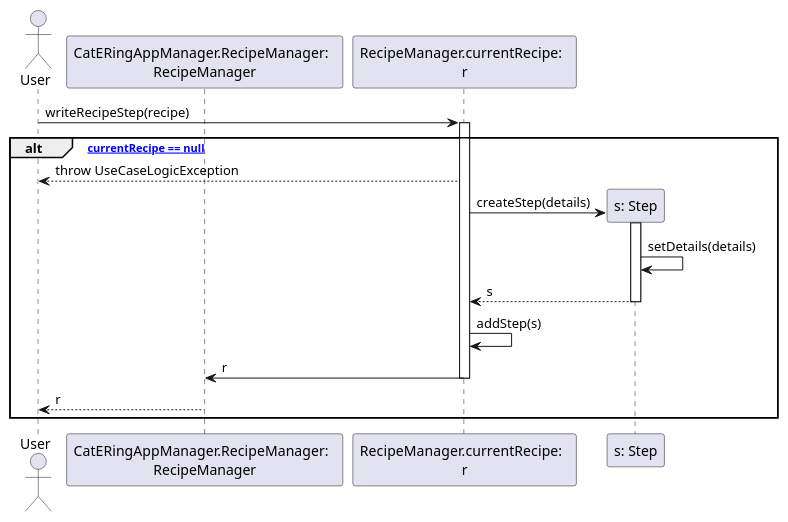
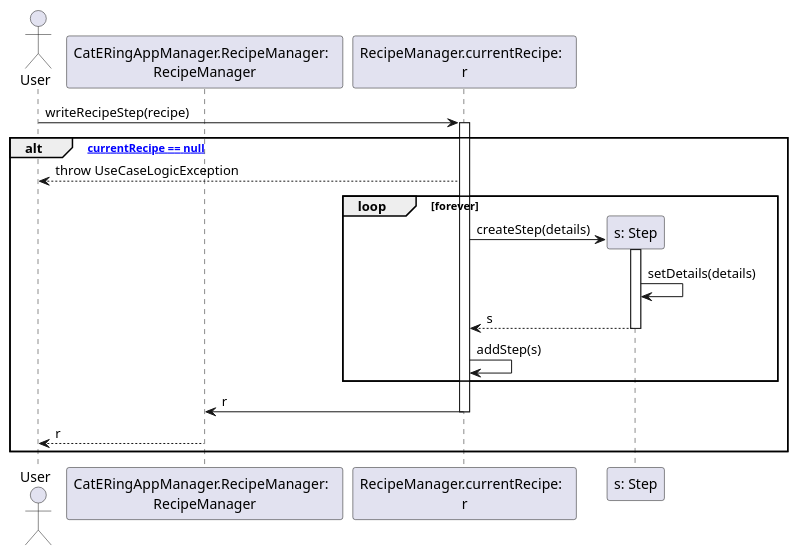
The diagram in dsd/dsd-ricette/2-writeRecipeStep.md (m0canu1/sas), drawn with PlantUML before and after one commit.

Commit message:
Aggiunto loop nel passo 2

````diff
--- a/dsd/dsd-ricette/2-writeRecipeStep.md
+++ b/dsd/dsd-ricette/2-writeRecipeStep.md
@@ -1,23 +1,25 @@
 ```plantuml
 Actor User
 Participant "CatERingAppManager.RecipeManager:  \nRecipeManager"
 Participant "RecipeManager.currentRecipe:  \nr"
 
 User -> "RecipeManager.currentRecipe:  \nr": writeRecipeStep(recipe)
 activate "RecipeManager.currentRecipe:  \nr"
 alt ["currentRecipe == null"]
     "RecipeManager.currentRecipe:  \nr" --> User: throw UseCaseLogicException
-    create "s: Step"
-    "RecipeManager.currentRecipe:  \nr" -> "s: Step":createStep(details)
-    activate "s: Step"
-    "s: Step" -> "s: Step":setDetails(details)
-    "s: Step" --> "RecipeManager.currentRecipe:  \nr": s
-    deactivate "s: Step"
-    "RecipeManager.currentRecipe:  \nr" -> "RecipeManager.currentRecipe:  \nr": addStep(s)
+    loop forever
+         create "s: Step"
+         "RecipeManager.currentRecipe:  \nr" -> "s: Step":createStep(details)
+         activate "s: Step"
+         "s: Step" -> "s: Step":setDetails(details)
+         "s: Step" --> "RecipeManager.currentRecipe:  \nr": s
+         deactivate "s: Step"
+         "RecipeManager.currentRecipe:  \nr" -> "RecipeManager.currentRecipe:  \nr": addStep(s)
+    end
     "RecipeManager.currentRecipe:  \nr" -> "CatERingAppManager.RecipeManager:  \nRecipeManager": r
     deactivate "RecipeManager.currentRecipe:  \nr"
     "CatERingAppManager.RecipeManager:  \nRecipeManager" --> User: r
     
 end
 
 ```
````
